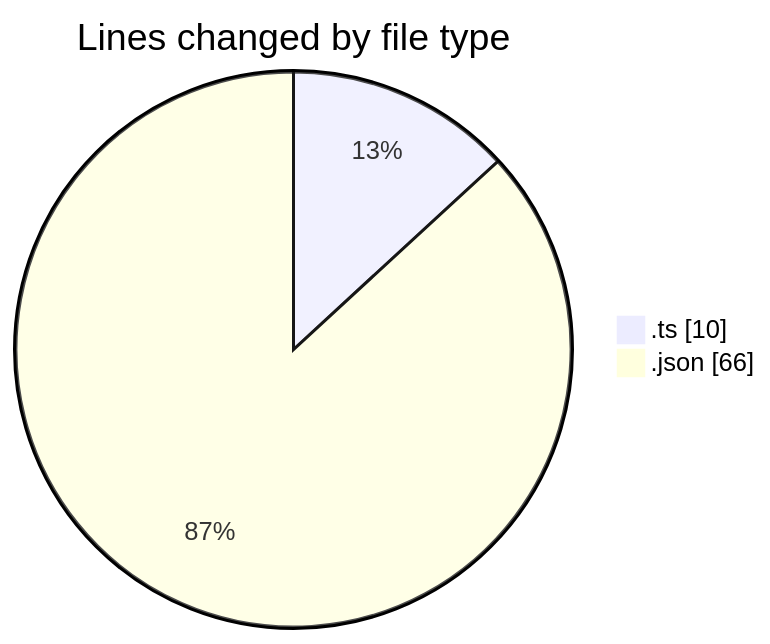
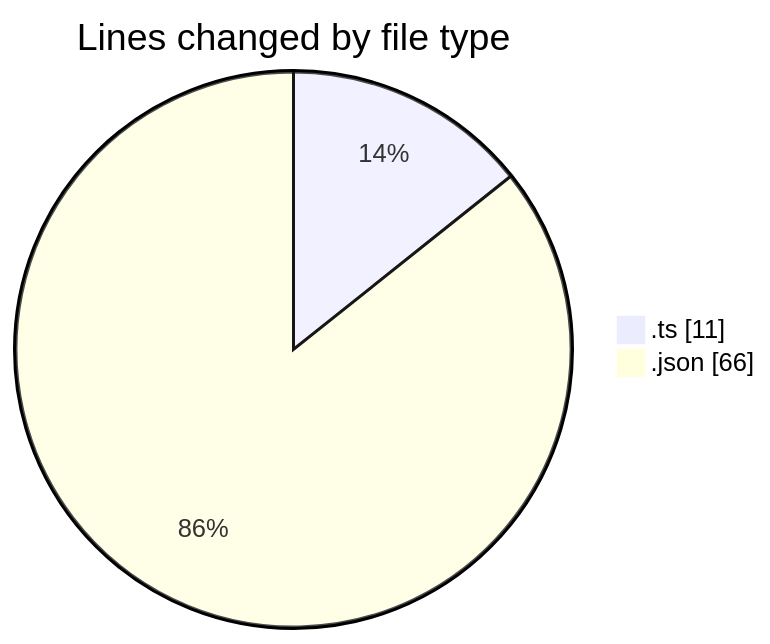
One commit to tmsrecording-cyber/code-tracking changed the first of 2 diagrams in 2026-02-05/singularitybrainai/README.md. Above: the diagram before and after it, drawn with Mermaid. The commit also changed other lines of this file and 1 other file, not shown here.

````diff
--- a/2026-02-05/singularitybrainai/README.md
+++ b/2026-02-05/singularitybrainai/README.md
@@ -21,6 +21,6 @@
 ```mermaid
 pie showData
 title Lines changed by file type
-".ts" : 10
+".ts" : 11
 ".json" : 66
 ```
````
